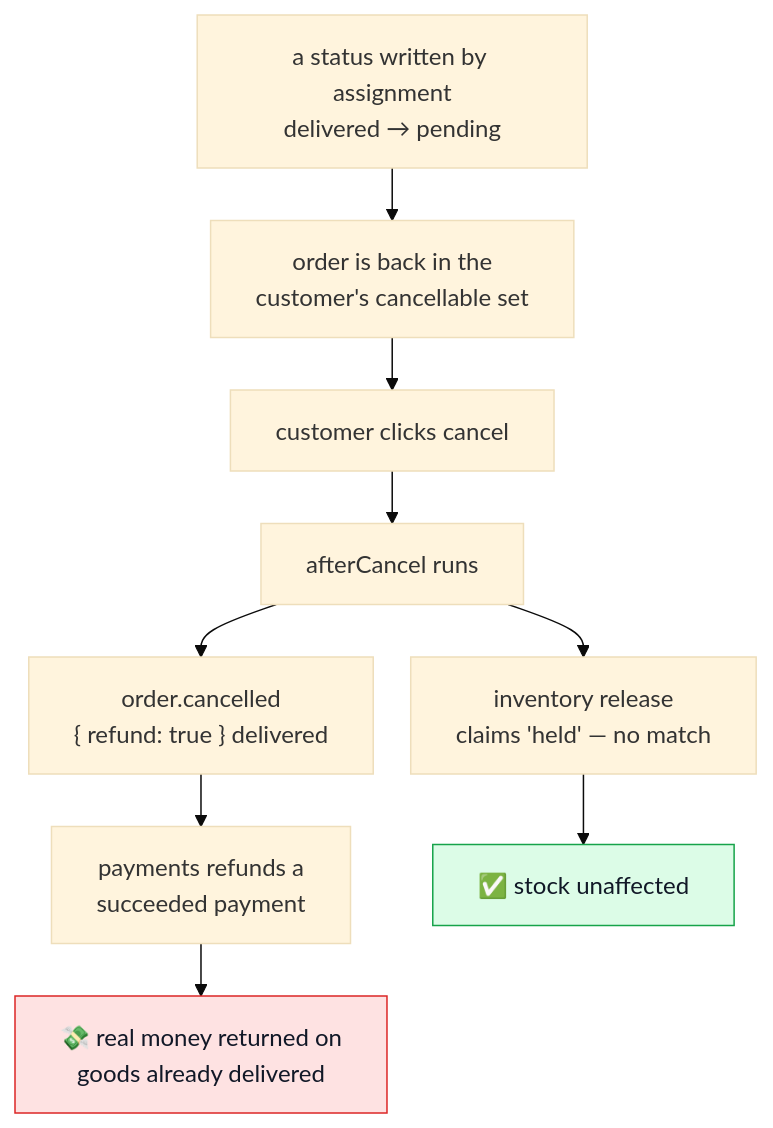
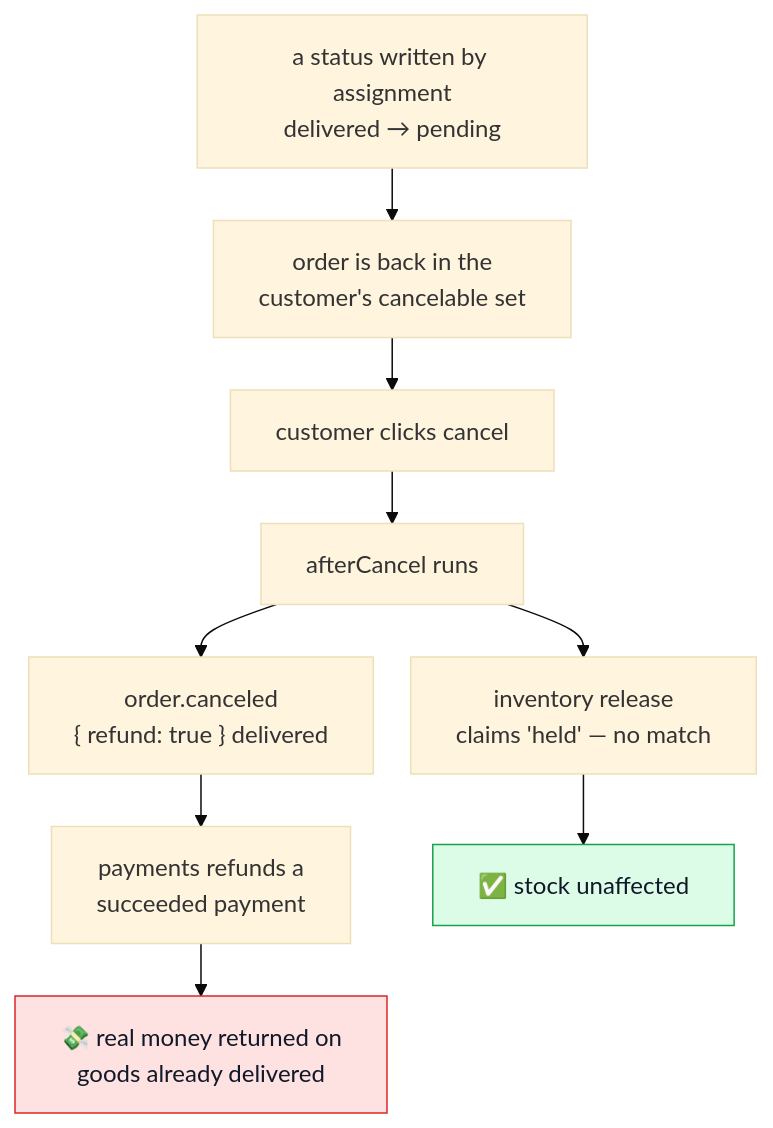
Before and after one commit to Guebbit/boilerplate-node-backend: the fourth of 12 diagrams in docs/theory/tactical-ddd.md, drawn with Mermaid (base theme). The commit also changed other lines of this file and 301 other files, not shown here.

````diff
--- a/docs/theory/tactical-ddd.md
+++ b/docs/theory/tactical-ddd.md
@@ -158,17 +158,17 @@
 ```mermaid
 %%{init: {'flowchart': {'nodeSpacing': 25, 'rankSpacing': 35}}}%%
 flowchart TD
-    A["a status written by assignment<br/>delivered → pending"] --> B["order is back in the<br/>customer's cancellable set"]
+    A["a status written by assignment<br/>delivered → pending"] --> B["order is back in the<br/>customer's cancelable set"]
     B --> C["customer clicks cancel"]
     C --> D["afterCancel runs"]
-    D --> E2["order.cancelled<br/>{ refund: true } delivered"]
+    D --> E2["order.canceled<br/>{ refund: true } delivered"]
     E2 --> E["payments refunds a<br/>succeeded payment"]
     D --> F["inventory release<br/>claims 'held' — no match"]
     E --> G["💸 real money returned on<br/>goods already delivered"]
     F --> H["✅ stock unaffected"]
 
     classDef bad fill:#fee2e2,stroke:#dc2626,color:#111827;
     classDef ok fill:#dcfce7,stroke:#16a34a,color:#111827;
     class G bad;
     class H ok;
 ```
````
